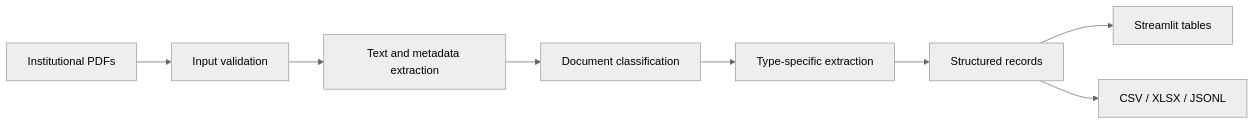
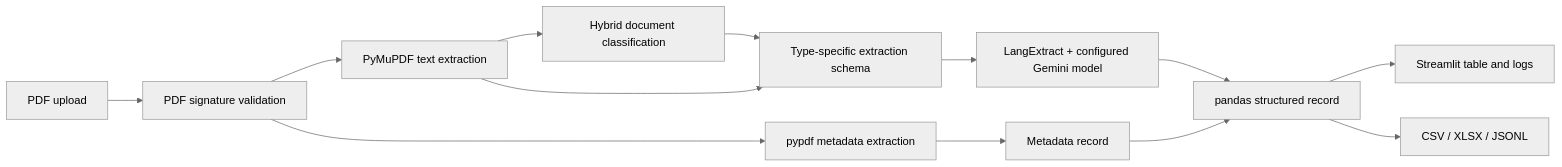
The second of 3 diagrams in README.md (arielabade/mandacaru), drawn with Mermaid (neutral theme) before and after one commit. The commit also changed other lines of this file and 12 other files, not shown here.

````diff
--- a/README.md
+++ b/README.md
@@ -37,10 +91,15 @@
 ```mermaid
 flowchart LR
-    A[Institutional PDFs] --> B[Input validation]
-    B --> C[Text and metadata extraction]
-    C --> D[Document classification]
-    D --> E[Type-specific extraction]
-    E --> F[Structured records]
-    F --> G[Streamlit tables]
-    F --> H[CSV / XLSX / JSONL]
+    A[PDF upload] --> B[PDF signature validation]
+    B --> C[PyMuPDF text extraction]
+    B --> D[pypdf metadata extraction]
+    C --> E[Hybrid document classification]
+    D --> F[Metadata record]
+    E --> G[Type-specific extraction schema]
+    C --> G
+    G --> H[LangExtract + configured Gemini model]
+    H --> I[pandas structured record]
+    F --> I
+    I --> J[Streamlit table and logs]
+    I --> K[CSV / XLSX / JSONL]
 ```
````
